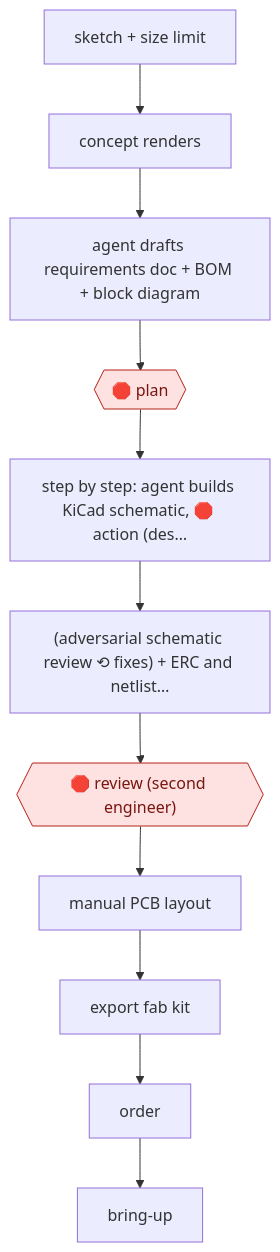
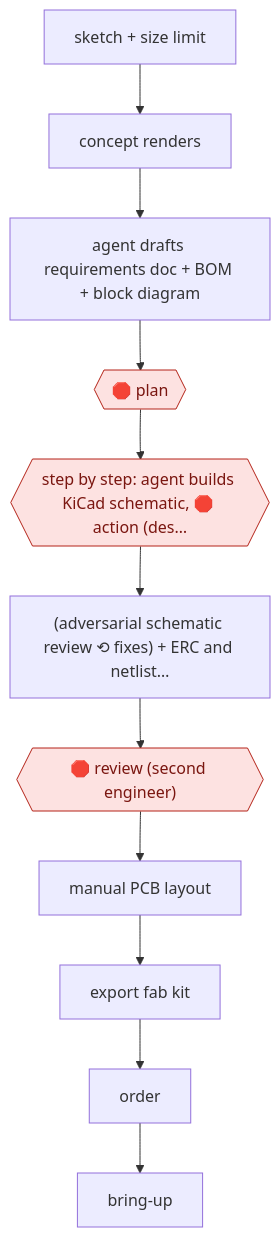
Before and after one commit to milesradford99/agent-workflow-atlas: the diagram in workflows/TEC/ENG/CAD/agent-drafted-pcb-schematic/README.md, drawn with Mermaid. The commit also changed 171 other files, not shown here.

````diff
--- a/workflows/TEC/ENG/CAD/agent-drafted-pcb-schematic/README.md
+++ b/workflows/TEC/ENG/CAD/agent-drafted-pcb-schematic/README.md
@@ -31,25 +31,25 @@
 ```mermaid
 flowchart TD
   n1["sketch + size limit"]
   n2["concept renders"]
+  n3["agent drafts requirements doc + BOM + block diagram"]
+  n4{{"🛑 plan"}}:::stop
+  n5{{"step by step: agent builds KiCad schematic, 🛑 action (des…"}}:::stop
+  n6["(adversarial schematic review ⟲ fixes) + ERC and netlist…"]
+  n7{{"🛑 review (second engineer)"}}:::stop
+  n8["manual PCB layout"]
+  n9["export fab kit"]
+  n10["order"]
+  n11["bring-up"]
   n1 --> n2
-  n3["agent drafts requirements doc + BOM + block diagram"]
   n2 --> n3
-  n4{{"🛑 plan"}}:::stop
   n3 --> n4
-  n5["step by step: agent builds KiCad schematic, 🛑 action (des…"]
   n4 --> n5
-  n6["(adversarial schematic review ⟲ fixes) + ERC and netlist…"]
   n5 --> n6
-  n7{{"🛑 review (second engineer)"}}:::stop
   n6 --> n7
-  n8["manual PCB layout"]
   n7 --> n8
-  n9["export fab kit"]
   n8 --> n9
-  n10["order"]
   n9 --> n10
-  n11["bring-up"]
   n10 --> n11
   classDef stop fill:#fde2e1,stroke:#b42318,color:#7a1610
 ```
````
